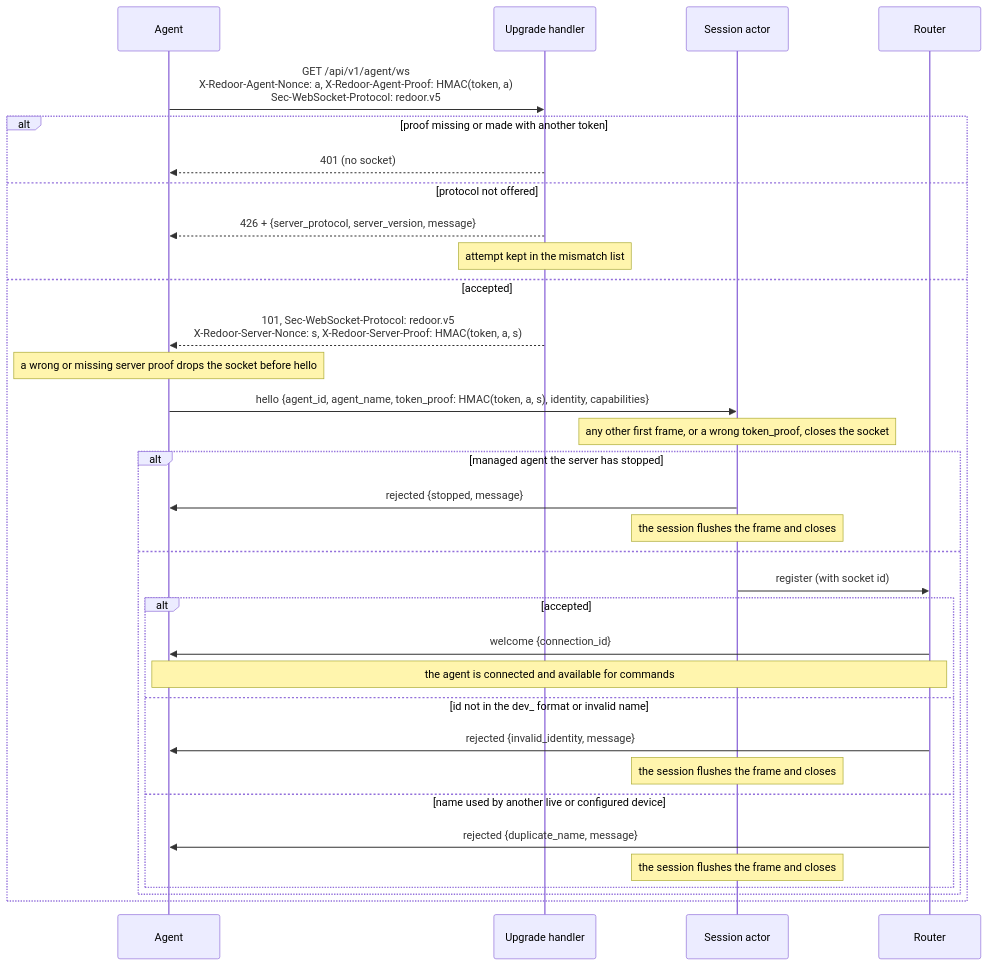
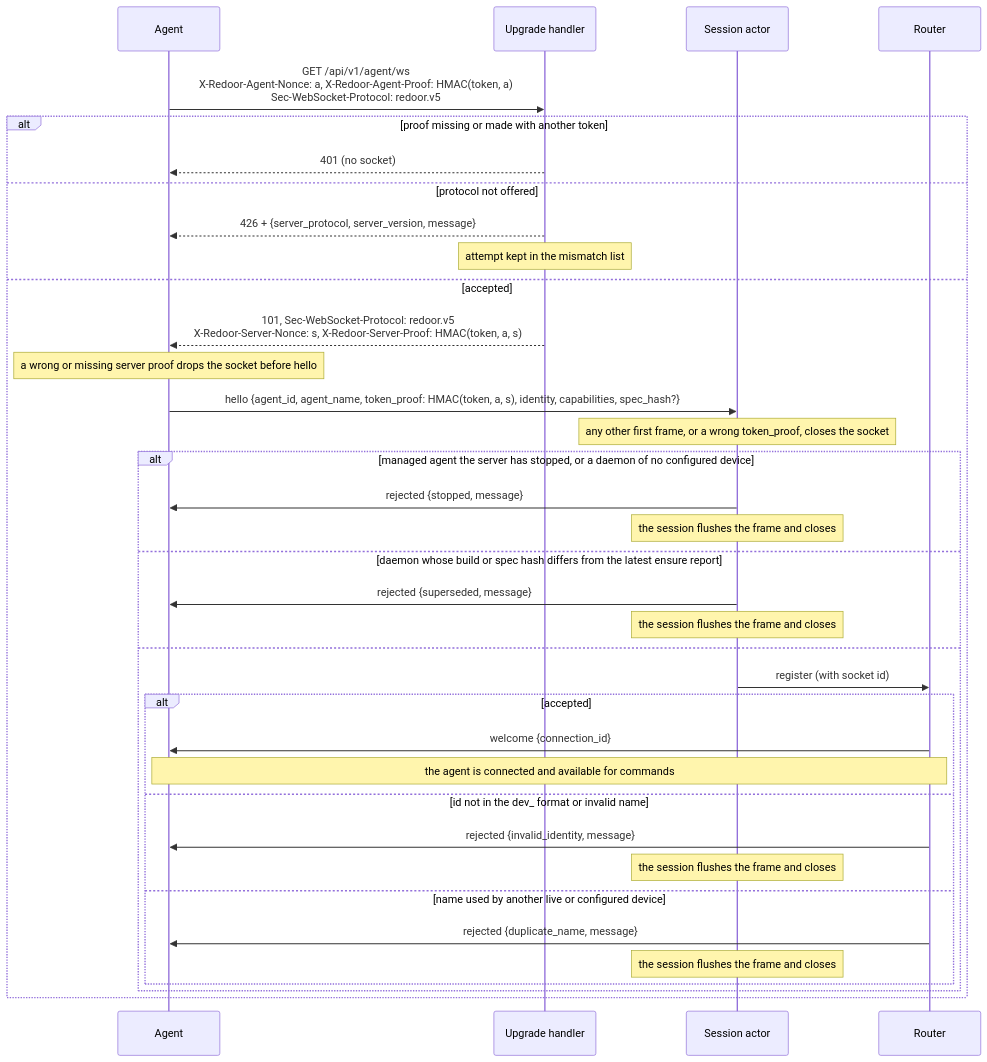
One commit to esamattis/redoor changed the fourth of 12 diagrams in ARCHITECTURE.md. Above: the diagram before and after it, drawn with Mermaid. The commit also changed other lines of this file and 97 other files, not shown here.

````diff
--- a/ARCHITECTURE.md
+++ b/ARCHITECTURE.md
@@ -573,36 +585,39 @@
 ```mermaid
 sequenceDiagram
     participant A as Agent
     participant H as Upgrade handler
     participant S as Session actor
     participant R as Router
 
     A->>H: GET /api/v1/agent/ws<br/>X-Redoor-Agent-Nonce: a, X-Redoor-Agent-Proof: HMAC(token, a)<br/>Sec-WebSocket-Protocol: redoor.v5
     alt proof missing or made with another token
         H-->>A: 401 (no socket)
     else protocol not offered
         H-->>A: 426 + {server_protocol, server_version, message}
         Note over H: attempt kept in the mismatch list
     else accepted
         H-->>A: 101, Sec-WebSocket-Protocol: redoor.v5<br/>X-Redoor-Server-Nonce: s, X-Redoor-Server-Proof: HMAC(token, a, s)
         Note over A: a wrong or missing server proof drops the socket before hello
-        A->>S: hello {agent_id, agent_name, token_proof: HMAC(token, a, s), identity, capabilities}
+        A->>S: hello {agent_id, agent_name, token_proof: HMAC(token, a, s), identity, capabilities, spec_hash?}
         Note over S: any other first frame, or a wrong token_proof, closes the socket
-        alt managed agent the server has stopped
+        alt managed agent the server has stopped, or a daemon of no configured device
             S->>A: rejected {stopped, message}
+            Note over S: the session flushes the frame and closes
+        else daemon whose build or spec hash differs from the latest ensure report
+            S->>A: rejected {superseded, message}
             Note over S: the session flushes the frame and closes
         else
             S->>R: register (with socket id)
             alt accepted
                 R->>A: welcome {connection_id}
                 Note over A,R: the agent is connected and available for commands
             else id not in the dev_ format or invalid name
                 R->>A: rejected {invalid_identity, message}
                 Note over S: the session flushes the frame and closes
             else name used by another live or configured device
                 R->>A: rejected {duplicate_name, message}
                 Note over S: the session flushes the frame and closes
             end
         end
     end
 ```
````
